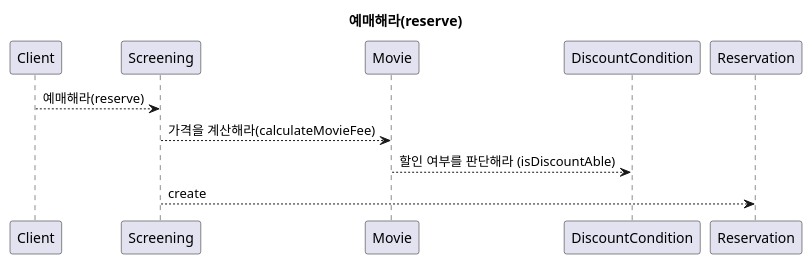
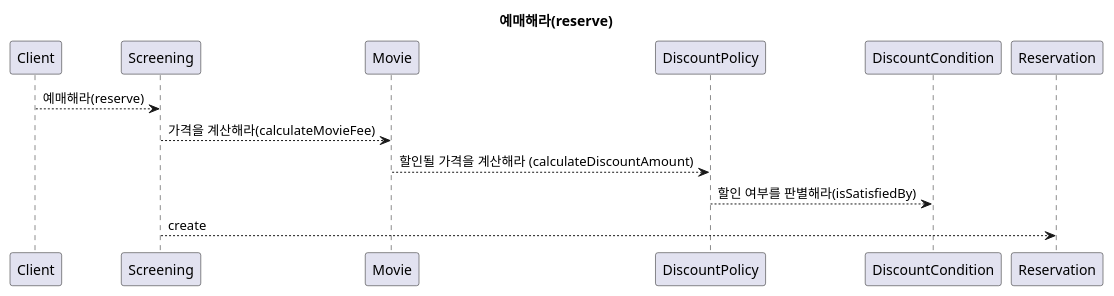
Before and after one commit to vomvoru/object-study: the diagram in chapter5/reserve.puml, drawn with PlantUML. The commit also changed 3 other files, not shown here.

```diff
--- a/chapter5/reserve.puml
+++ b/chapter5/reserve.puml
@@ -1,10 +1,11 @@
 @startuml
 
 title 예매해라(reserve)
 
 Client --> Screening : 예매해라(reserve)
 Screening --> Movie : 가격을 계산해라(calculateMovieFee)
-Movie --> DiscountCondition : 할인 여부를 판단해라 (isDiscountAble)
+Movie --> DiscountPolicy : 할인될 가격을 계산해라 (calculateDiscountAmount)
+DiscountPolicy --> DiscountCondition : 할인 여부를 판별해라(isSatisfiedBy)
 Screening --> Reservation : create
 
 @enduml
```
